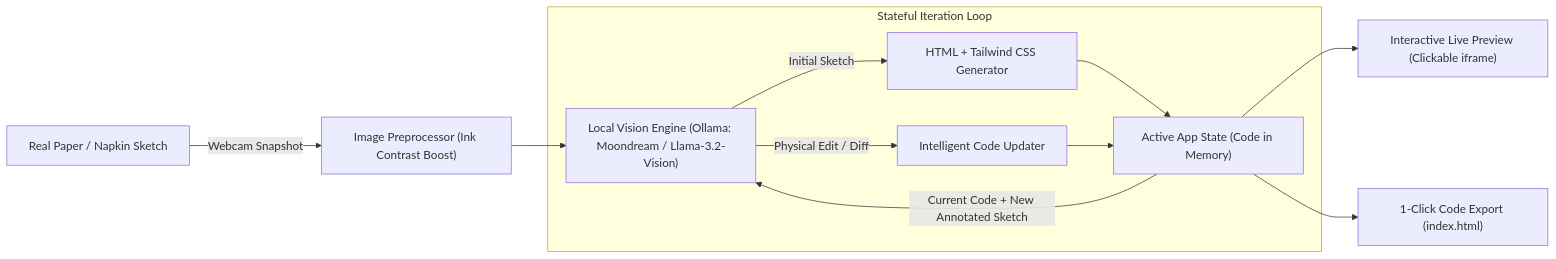
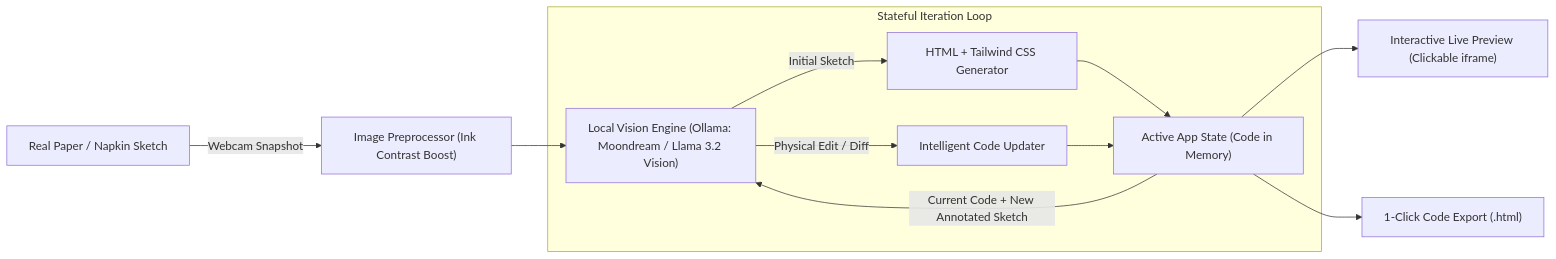
The diagram in README.md (aditya-renake/NAPKINHACKTOBERFEST), drawn with Mermaid before and after one commit. The commit also changed other lines of this file and 11 other files, not shown here.

Commit message:
feat: complete Napkin2Code vision pipeline, UI split-screen, test suite, and sample sketch generators

````diff
--- a/README.md
+++ b/README.md
@@ -30,16 +39,16 @@
 ```mermaid
 flowchart LR
     A["Real Paper / Napkin Sketch"] -->|Webcam Snapshot| B["Image Preprocessor (Ink Contrast Boost)"]
-    B --> C["Local Vision Engine (Ollama: Moondream / Llama-3.2-Vision)"]
+    B --> C["Local Vision Engine (Ollama: Moondream / Llama 3.2 Vision)"]
     
     subgraph "Stateful Iteration Loop"
         C -->|Initial Sketch| D["HTML + Tailwind CSS Generator"]
         D --> E["Active App State (Code in Memory)"]
         E -->|Current Code + New Annotated Sketch| C
         C -->|Physical Edit / Diff| F["Intelligent Code Updater"]
         F --> E
     end
     
     E --> G["Interactive Live Preview (Clickable iframe)"]
-    E --> H["1-Click Code Export (index.html)"]
+    E --> H["1-Click Code Export (.html)"]
 ```
````
